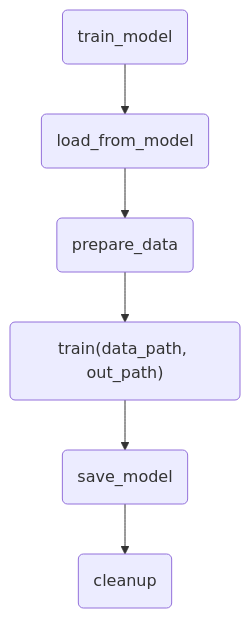
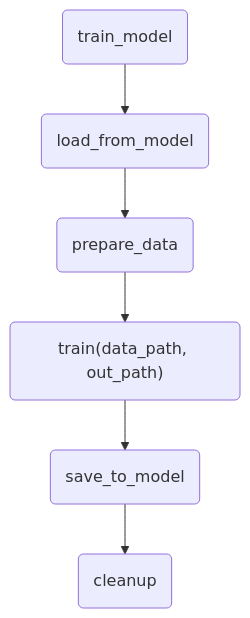
The fourth of 5 diagrams in tutorials/model_management/advance/model_adapter_flows/chapter.md (dataloop-ai/dtlpy-documentation), drawn with Mermaid before and after one commit. The commit also changed other lines of this file and 1 other file, not shown here.

Commit message:
Adding more details to model adapter flows

````diff
--- a/tutorials/model_management/advance/model_adapter_flows/chapter.md
+++ b/tutorials/model_management/advance/model_adapter_flows/chapter.md
@@ -52,11 +78,11 @@
 ```mermaid
 flowchart TD
     id1(train_model)-->
     id2(load_from_model)-->
     id3(prepare_data)-->
     id4("train(data_path, out_path)")-->
-    id5(save_model)-->
+    id5(save_to_model)-->
     id6(cleanup)
     click id2 "./#load_from_model"
 
 ```
````
